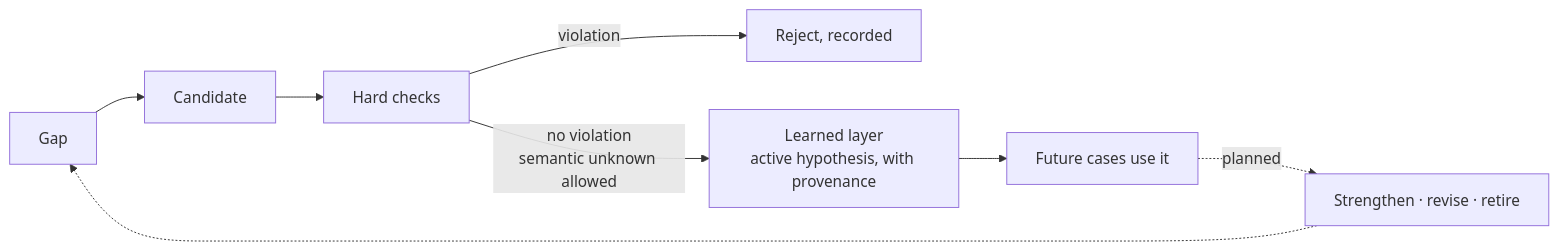
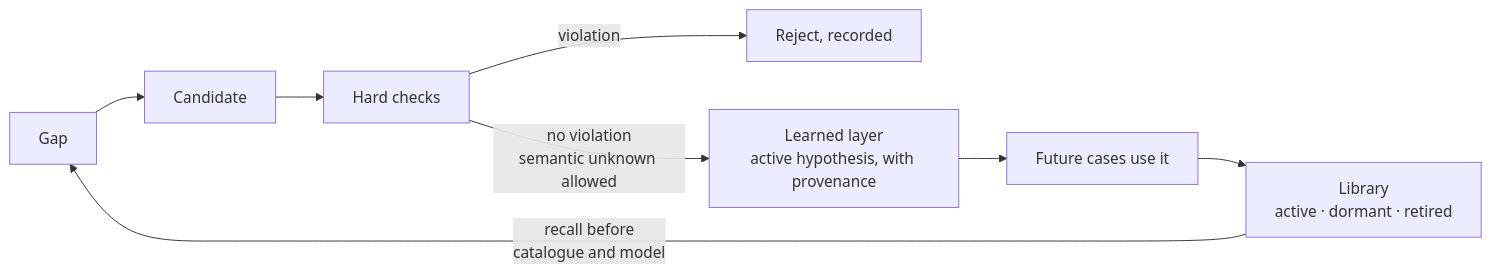
Before and after one commit to cemphlvn/onto: the second of 3 diagrams in README.md, drawn with Mermaid. The commit also changed other lines of this file and 10 other files, not shown here.

First line of the commit message:
Learned-structure library: presence, dormancy, recall

````diff
--- a/README.md
+++ b/README.md
@@ -70,9 +71,9 @@
 ```mermaid
 flowchart LR
     G["Gap"] --> K["Candidate"] --> X["Hard checks"]
     X -->|"violation"| R["Reject, recorded"]
     X -->|"no violation<br/>semantic unknown allowed"| L["Learned layer<br/>active hypothesis, with provenance"]
     L --> F["Future cases use it"]
-    F -.->|"planned"| S["Strengthen · revise · retire"]
-    S -.-> G
+    F --> S["Library<br/>active · dormant · retired"]
+    S -->|"recall before<br/>catalogue and model"| G
 ```
````
